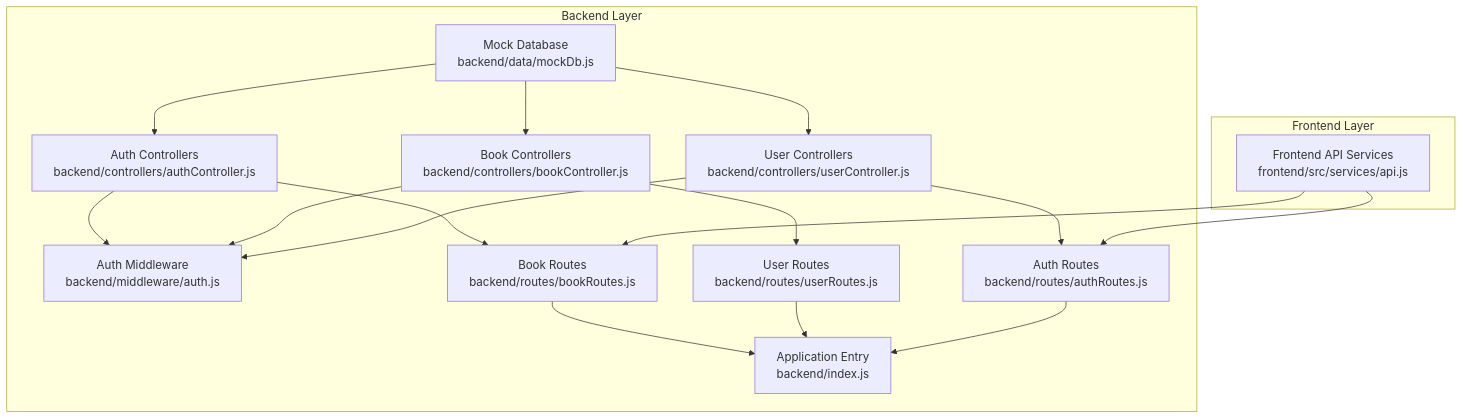
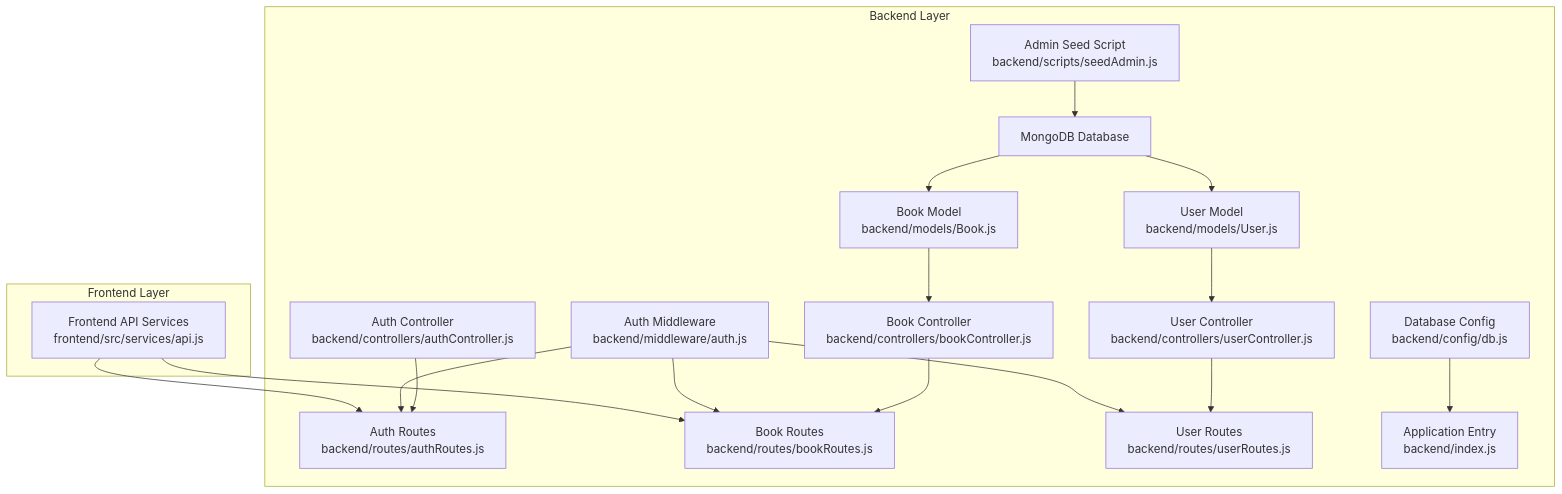
Before and after one commit to ganesh-NB/readsphere: the first of 8 diagrams in .qoder/repowiki/en/content/Data Models and Database Schema/Mock Database Implementation.md, drawn with Mermaid. The commit also changed other lines of this file and 46 other files, not shown here.

````diff
--- a/.qoder/repowiki/en/content/Data Models and Database Schema/Mock Database Implementation.md
+++ b/.qoder/repowiki/en/content/Data Models and Database Schema/Mock Database Implementation.md
@@ -39,31 +54,35 @@
 ```mermaid
 graph TB
 subgraph "Backend Layer"
-MD["Mock Database<br/>backend/data/mockDb.js"]
-AC["Auth Controllers<br/>backend/controllers/authController.js"]
-BC["Book Controllers<br/>backend/controllers/bookController.js"]
-UC["User Controllers<br/>backend/controllers/userController.js"]
-AM["Auth Middleware<br/>backend/middleware/auth.js"]
-BR["Book Routes<br/>backend/routes/bookRoutes.js"]
-UR["User Routes<br/>backend/routes/userRoutes.js"]
-AR["Auth Routes<br/>backend/routes/authRoutes.js"]
+DB["MongoDB Database"]
+MODEL_USER["User Model<br/>backend/models/User.js"]
+MODEL_BOOK["Book Model<br/>backend/models/Book.js"]
+CONTROLLER_AUTH["Auth Controller<br/>backend/controllers/authController.js"]
+CONTROLLER_BOOK["Book Controller<br/>backend/controllers/bookController.js"]
+CONTROLLER_USER["User Controller<br/>backend/controllers/userController.js"]
+MIDDLEWARE_AUTH["Auth Middleware<br/>backend/middleware/auth.js"]
+ROUTE_AUTH["Auth Routes<br/>backend/routes/authRoutes.js"]
+ROUTE_BOOK["Book Routes<br/>backend/routes/bookRoutes.js"]
+ROUTE_USER["User Routes<br/>backend/routes/userRoutes.js"]
+CONFIG_DB["Database Config<br/>backend/config/db.js"]
+SCRIPT_SEED["Admin Seed Script<br/>backend/scripts/seedAdmin.js"]
 APP["Application Entry<br/>backend/index.js"]
 end
 subgraph "Frontend Layer"
 FE_API["Frontend API Services<br/>frontend/src/services/api.js"]
 end
-MD --> AC
-MD --> BC
-MD --> UC
-AC --> AM
-BC --> AM
-UC --> AM
-AC --> BR
-BC --> UR
-UC --> AR
-BR --> APP
-UR --> APP
-AR --> APP
-FE_API --> BR
-FE_API --> AR
+DB --> MODEL_USER
+DB --> MODEL_BOOK
+MODEL_USER --> CONTROLLER_USER
+MODEL_BOOK --> CONTROLLER_BOOK
+CONTROLLER_AUTH --> ROUTE_AUTH
+CONTROLLER_BOOK --> ROUTE_BOOK
+CONTROLLER_USER --> ROUTE_USER
+MIDDLEWARE_AUTH --> ROUTE_AUTH
+MIDDLEWARE_AUTH --> ROUTE_BOOK
+MIDDLEWARE_AUTH --> ROUTE_USER
+CONFIG_DB --> APP
+SCRIPT_SEED --> DB
+FE_API --> ROUTE_AUTH
+FE_API --> ROUTE_BOOK
 ```
````
